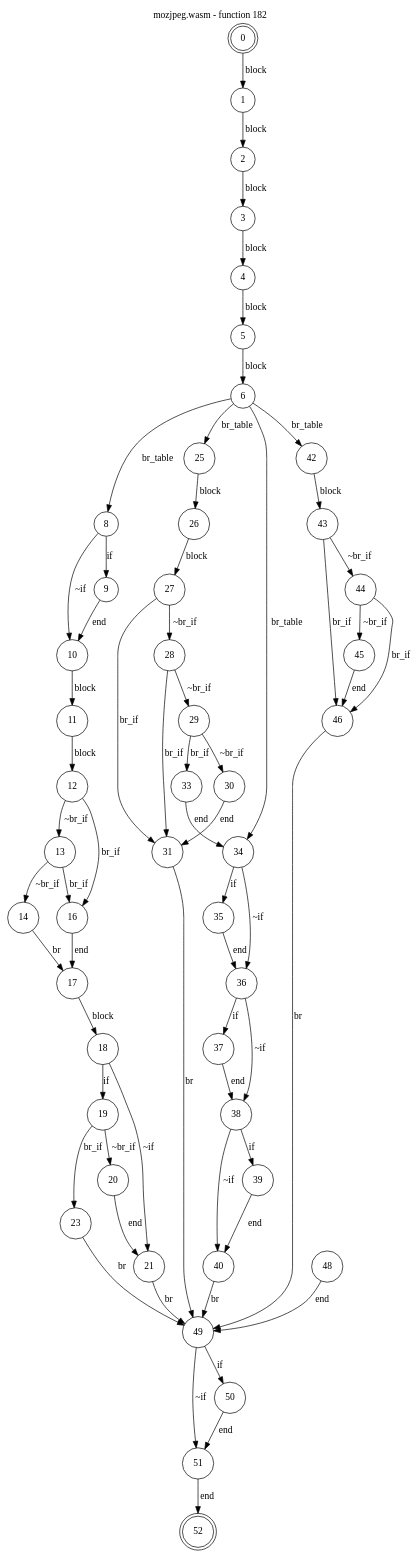
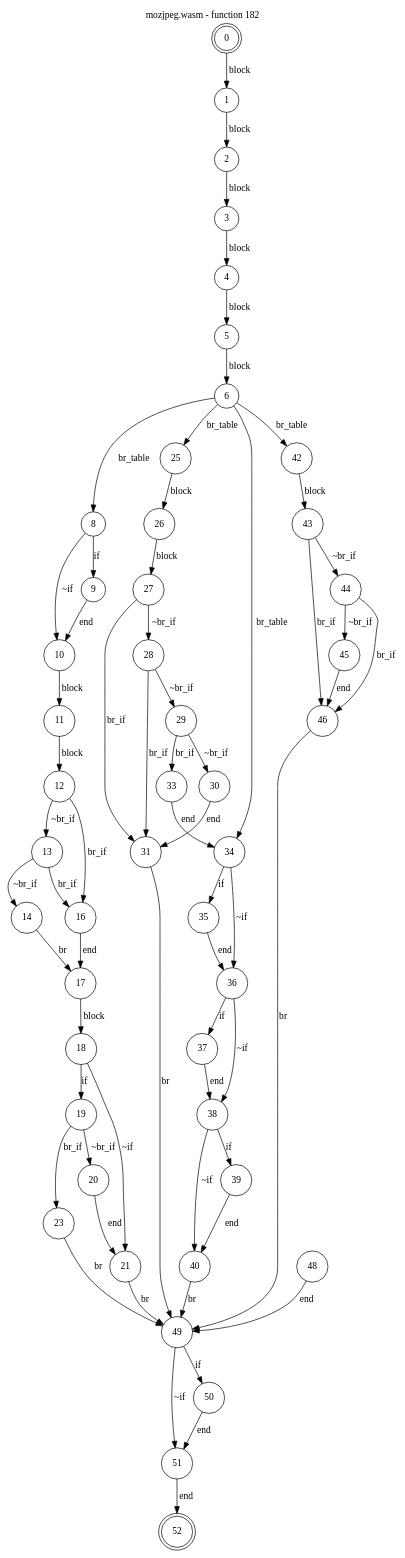
One commit to jsCarleton/wanalyze changed the diagram in test_cases/mozjpeg/funcs/mozjpeg-func182.dot. Above: the diagram before and after it, drawn with Graphviz. The commit also changed other lines of this file and 81 other files, not shown here.

```diff
--- a/test_cases/mozjpeg/funcs/mozjpeg-func182.dot
+++ b/test_cases/mozjpeg/funcs/mozjpeg-func182.dot
@@ -1,71 +1,71 @@
 digraph finite_state_machine {
     label = "mozjpeg.wasm - function 182"
     labelloc =  t
     labelfontsize = 16
     labelfontcolor = black
     labelfontname = "Helvetica"
     node [shape = doublecircle]; 0 52;
     node [shape = circle];
     0 -> 1[label="block"];
     1 -> 2[label="block"];
     2 -> 3[label="block"];
     3 -> 4[label="block"];
     4 -> 5[label="block"];
     5 -> 6[label="block"];
+    6 -> 8[label="br_table"];
+    6 -> 25[label="br_table"];
+    6 -> 34[label="br_table"];
     6 -> 42[label="br_table"];
-    6 -> 34[label="br_table"];
-    6 -> 25[label="br_table"];
-    6 -> 8[label="br_table"];
     8 -> 9[label="if"];
     8 -> 10[label="~if"];
     9 -> 10[label="end"];
     10 -> 11[label="block"];
     11 -> 12[label="block"];
     12 -> 13[label="~br_if"];
     12 -> 16[label="br_if"];
     13 -> 14[label="~br_if"];
     13 -> 16[label="br_if"];
     14 -> 17[label="br"];
     16 -> 17[label="end"];
     17 -> 18[label="block"];
     18 -> 19[label="if"];
     18 -> 21[label="~if"];
     19 -> 20[label="~br_if"];
     19 -> 23[label="br_if"];
     20 -> 21[label="end"];
     21 -> 49[label="br"];
     23 -> 49[label="br"];
     25 -> 26[label="block"];
     26 -> 27[label="block"];
     27 -> 28[label="~br_if"];
     27 -> 31[label="br_if"];
     28 -> 29[label="~br_if"];
     28 -> 31[label="br_if"];
     29 -> 30[label="~br_if"];
     29 -> 33[label="br_if"];
     30 -> 31[label="end"];
     31 -> 49[label="br"];
     33 -> 34[label="end"];
     34 -> 35[label="if"];
     34 -> 36[label="~if"];
     35 -> 36[label="end"];
     36 -> 37[label="if"];
     36 -> 38[label="~if"];
     37 -> 38[label="end"];
     38 -> 39[label="if"];
     38 -> 40[label="~if"];
     39 -> 40[label="end"];
     40 -> 49[label="br"];
     42 -> 43[label="block"];
     43 -> 44[label="~br_if"];
     43 -> 46[label="br_if"];
     44 -> 45[label="~br_if"];
     44 -> 46[label="br_if"];
     45 -> 46[label="end"];
     46 -> 49[label="br"];
     48 -> 49[label="end"];
     49 -> 50[label="if"];
     49 -> 51[label="~if"];
     50 -> 51[label="end"];
     51 -> 52[label="end"];
 }
```
